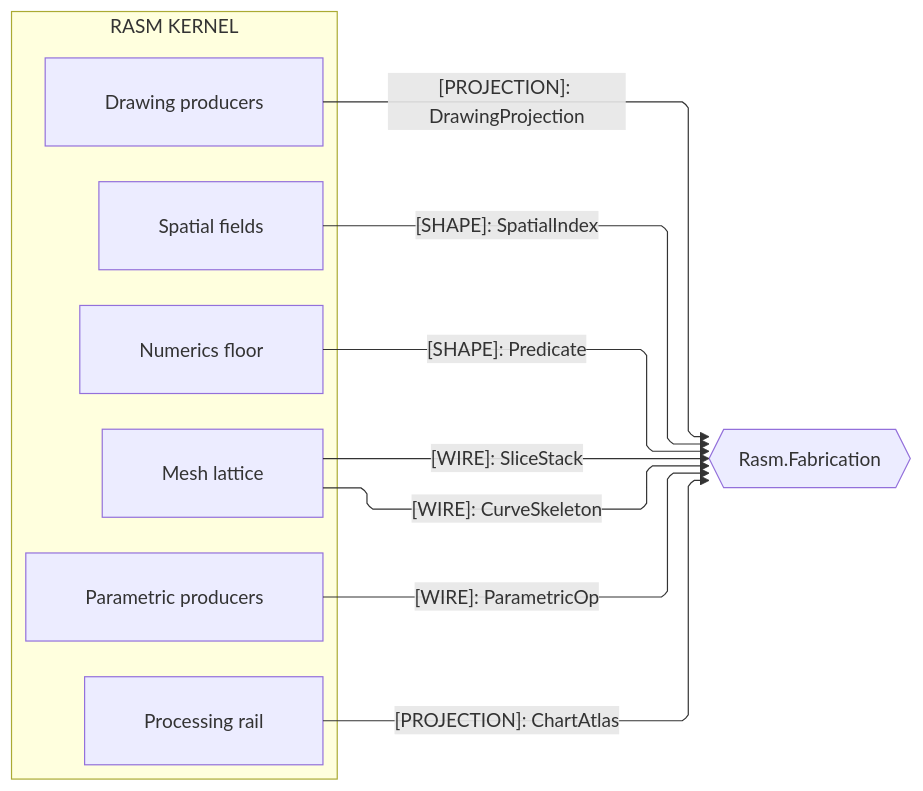
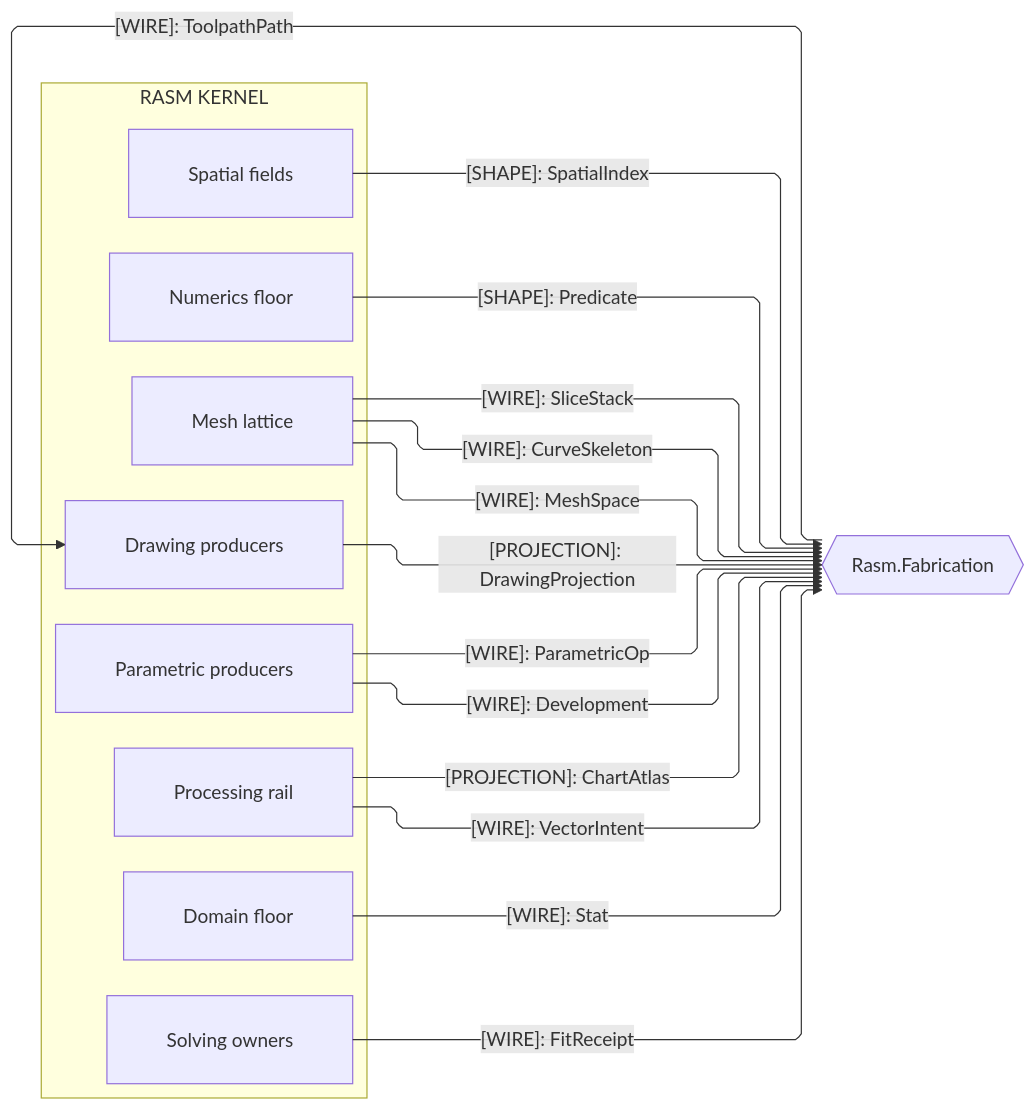
Before and after one commit to bsamiee/Rasm: the third of 4 diagrams in libs/csharp/Rasm/ARCHITECTURE.md, drawn with Mermaid. The commit also changed other lines of this file and 486 other files, not shown here.

````diff
--- a/libs/csharp/Rasm/ARCHITECTURE.md
+++ b/libs/csharp/Rasm/ARCHITECTURE.md
@@ -192,28 +195,36 @@
 ```mermaid
 ---
 config:
   layout: elk
   flowchart:
     curve: linear
     padding: 25
 ---
 flowchart LR
     accTitle: Kernel fabrication seams
-    accDescr: Kernel sub-domain owners projecting index, predicate, slice, skeleton, parametric-op, atlas, and drawing shapes to the fabrication peer, one edge per contract family labeled by kind.
+    accDescr: Kernel owners projecting substrate, algorithm, and drawing shapes to the fabrication peer and reading its posted toolpath pack back.
     subgraph rasm[RASM KERNEL]
+        Domain[Domain floor]
         Spatial[Spatial fields]
         Numerics[Numerics floor]
         Meshing[Mesh lattice]
         Parametric[Parametric producers]
         Processing[Processing rail]
+        Solving[Solving owners]
         Drawing[Drawing producers]
     end
     Fabrication{{Rasm.Fabrication}}
     Spatial e1@-->|"[SHAPE]: SpatialIndex"| Fabrication
     Numerics e2@-->|"[SHAPE]: Predicate"| Fabrication
     Meshing e3@-->|"[WIRE]: SliceStack"| Fabrication
     Meshing e4@-->|"[WIRE]: CurveSkeleton"| Fabrication
     Parametric e5@-->|"[WIRE]: ParametricOp"| Fabrication
     Processing e6@-->|"[PROJECTION]: ChartAtlas"| Fabrication
     Drawing e7@-->|"[PROJECTION]: DrawingProjection"| Fabrication
+    Meshing e8@-->|"[WIRE]: MeshSpace"| Fabrication
+    Parametric e9@-->|"[WIRE]: Development"| Fabrication
+    Processing e10@-->|"[WIRE]: VectorIntent"| Fabrication
+    Domain e11@-->|"[WIRE]: Stat"| Fabrication
+    Solving e12@-->|"[WIRE]: FitReceipt"| Fabrication
+    Fabrication e13@-->|"[WIRE]: ToolpathPath"| Drawing
 ```
````
